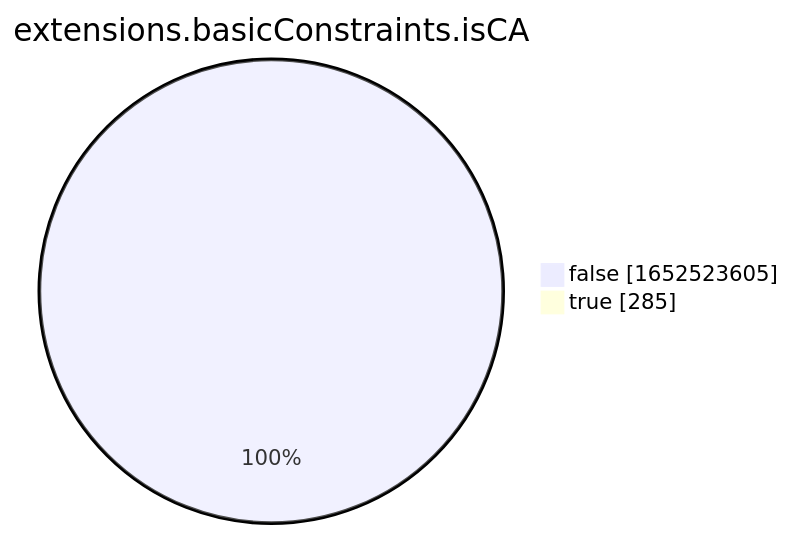
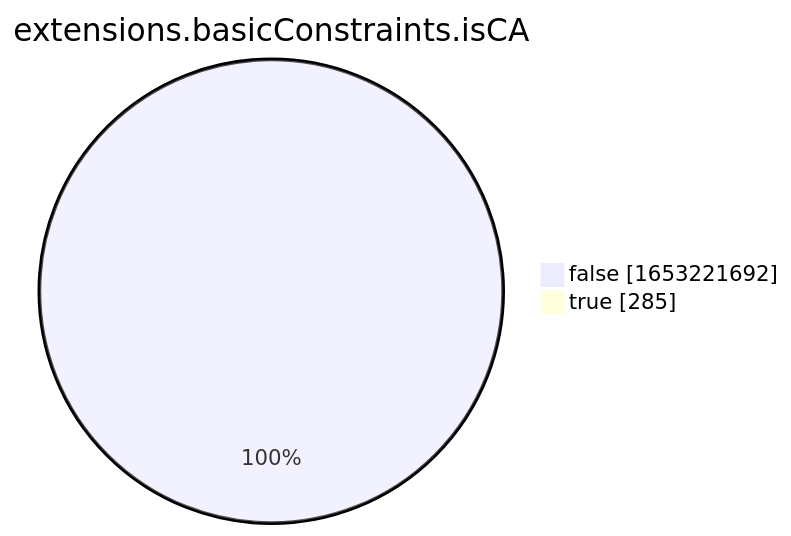
Before and after one commit to christiankrug/ctmonitor_visualization: the eighth of 15 diagrams in xenon2022/README.md, drawn with Mermaid. The commit also changed other lines of this file, not shown here.

````diff
--- a/xenon2022/README.md
+++ b/xenon2022/README.md
@@ -2864,6 +2864,6 @@
 ```mermaid
 pie showData
 title extensions.basicConstraints.isCA
-"false" :1652523605
+"false" :1653221692
 "true" :285
 ```
````
